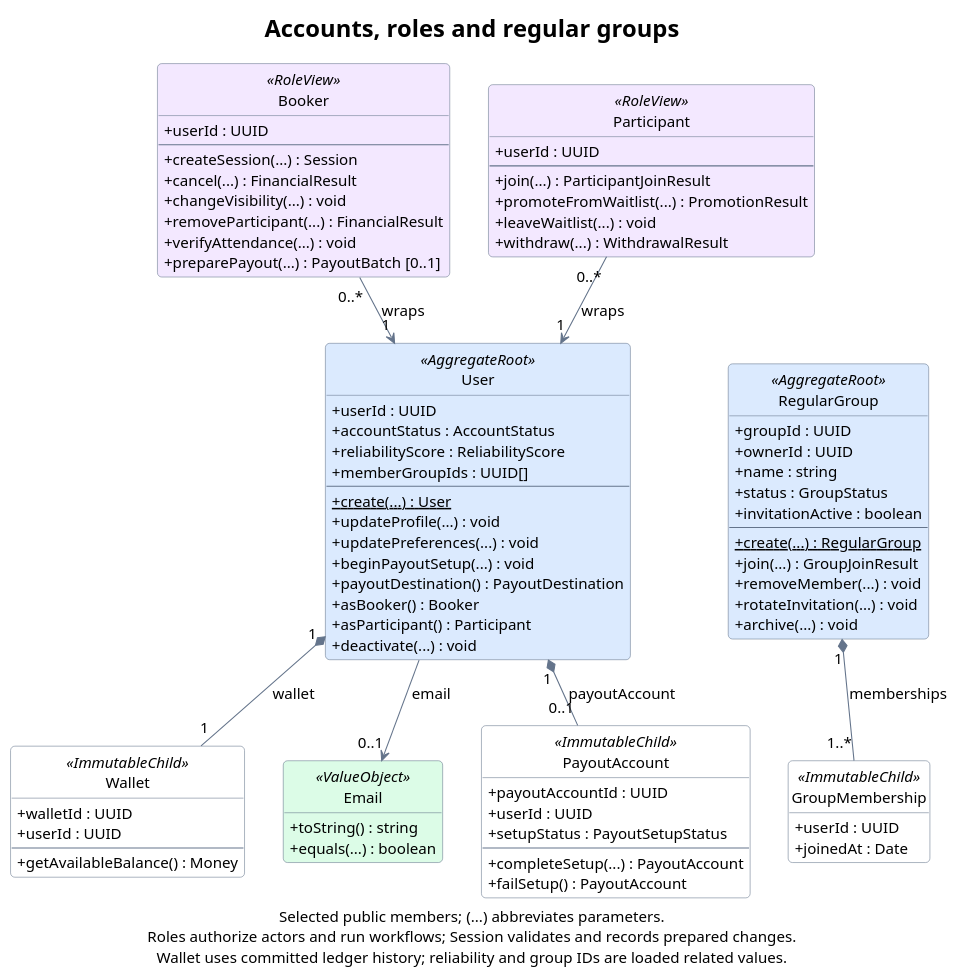
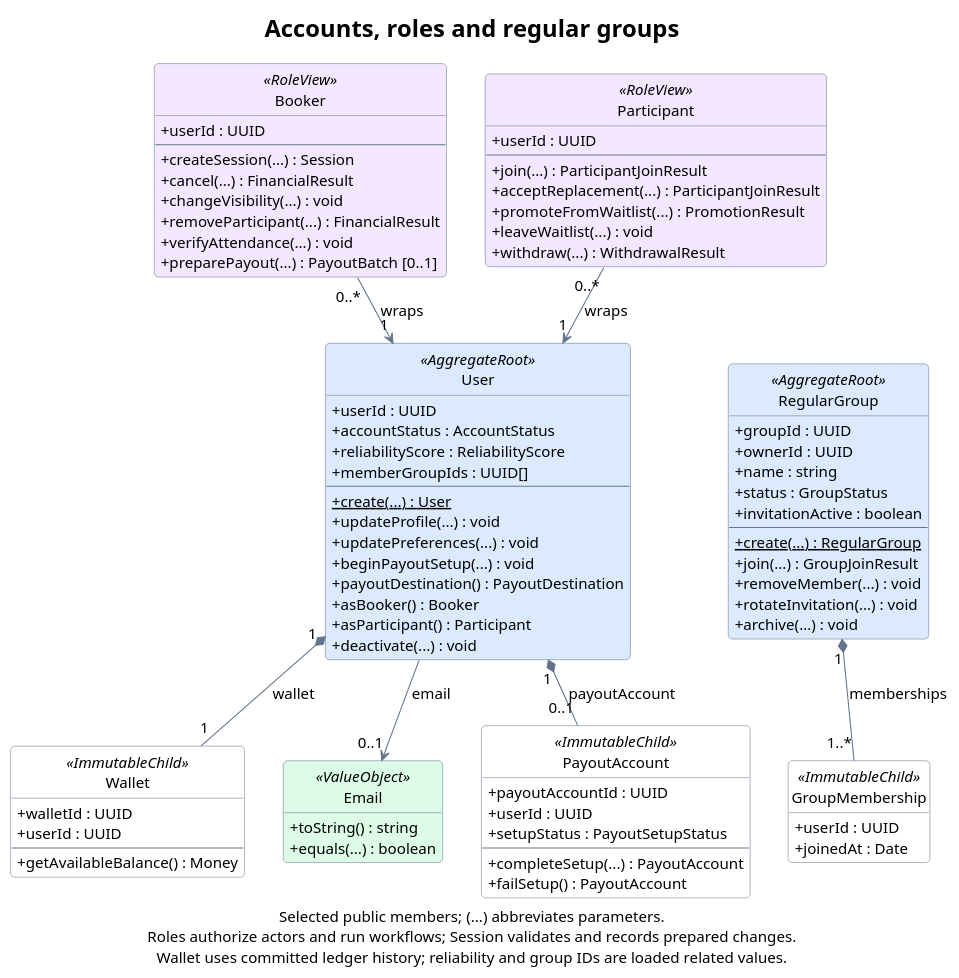
One commit to rbrishi15/booking-web-manager changed the diagram in docs/diagrams/domain-accounts.puml. Above: the diagram before and after it, drawn with PlantUML. The commit also changed 29 other files, not shown here.

```diff
--- a/docs/diagrams/domain-accounts.puml
+++ b/docs/diagrams/domain-accounts.puml
@@ -1,112 +1,113 @@
 @startuml domain-accounts
 title Accounts, roles and regular groups
 
 top to bottom direction
 hide empty members
 hide circle
 skinparam backgroundColor #FFFFFF
 skinparam shadowing false
 skinparam roundcorner 8
 skinparam defaultFontName SansSerif
 skinparam defaultFontSize 14
 skinparam titleFontSize 22
 skinparam ArrowColor #64748B
 skinparam classBorderColor #64748B
 skinparam classBackgroundColor #FFFFFF
 skinparam classBackgroundColor<<AggregateRoot>> #DBEAFE
 skinparam classBackgroundColor<<ValueObject>> #DCFCE7
 skinparam classBackgroundColor<<RoleView>> #F3E8FF
 skinparam classAttributeIconSize 0
 skinparam linetype polyline
 skinparam nodesep 35
 skinparam ranksep 40
 
 class Booker <<RoleView>> {
   +userId : UUID
   --
   +createSession(...) : Session
   +cancel(...) : FinancialResult
   +changeVisibility(...) : void
   +removeParticipant(...) : FinancialResult
   +verifyAttendance(...) : void
   +preparePayout(...) : PayoutBatch [0..1]
 }
 
 class Participant <<RoleView>> {
   +userId : UUID
   --
   +join(...) : ParticipantJoinResult
+  +acceptReplacement(...) : ParticipantJoinResult
   +promoteFromWaitlist(...) : PromotionResult
   +leaveWaitlist(...) : void
   +withdraw(...) : WithdrawalResult
 }
 
 class User <<AggregateRoot>> {
   +userId : UUID
   +accountStatus : AccountStatus
   +reliabilityScore : ReliabilityScore
   +memberGroupIds : UUID[]
   --
   {static} +create(...) : User
   +updateProfile(...) : void
   +updatePreferences(...) : void
   +beginPayoutSetup(...) : void
   +payoutDestination() : PayoutDestination
   +asBooker() : Booker
   +asParticipant() : Participant
   +deactivate(...) : void
 }
 
 class Wallet <<ImmutableChild>> {
   +walletId : UUID
   +userId : UUID
   --
   +getAvailableBalance() : Money
 }
 
 class Email <<ValueObject>> {
   +toString() : string
   +equals(...) : boolean
 }
 
 class PayoutAccount <<ImmutableChild>> {
   +payoutAccountId : UUID
   +userId : UUID
   +setupStatus : PayoutSetupStatus
   --
   +completeSetup(...) : PayoutAccount
   +failSetup() : PayoutAccount
 }
 
 class RegularGroup <<AggregateRoot>> {
   +groupId : UUID
   +ownerId : UUID
   +name : string
   +status : GroupStatus
   +invitationActive : boolean
   --
   {static} +create(...) : RegularGroup
   +join(...) : GroupJoinResult
   +removeMember(...) : void
   +rotateInvitation(...) : void
   +archive(...) : void
 }
 
 class GroupMembership <<ImmutableChild>> {
   +userId : UUID
   +joinedAt : Date
 }
 
 Booker "0..*" -down-> "1" User : wraps
 Participant "0..*" -down-> "1" User : wraps
 User "1" *-down- "1" Wallet : wallet
 User "1" *-down- "0..1" PayoutAccount : payoutAccount
 User -down-> "0..1" Email : email
 RegularGroup "1" *-down- "1..*" GroupMembership : memberships
 
 User -[hidden]right- RegularGroup
 Wallet -[hidden]right- Email
 Email -[hidden]right- PayoutAccount
 
 caption Selected public members; (...) abbreviates parameters.\nRoles authorize actors and run workflows; Session validates and records prepared changes.\nWallet uses committed ledger history; reliability and group IDs are loaded related values.
 @enduml
```
